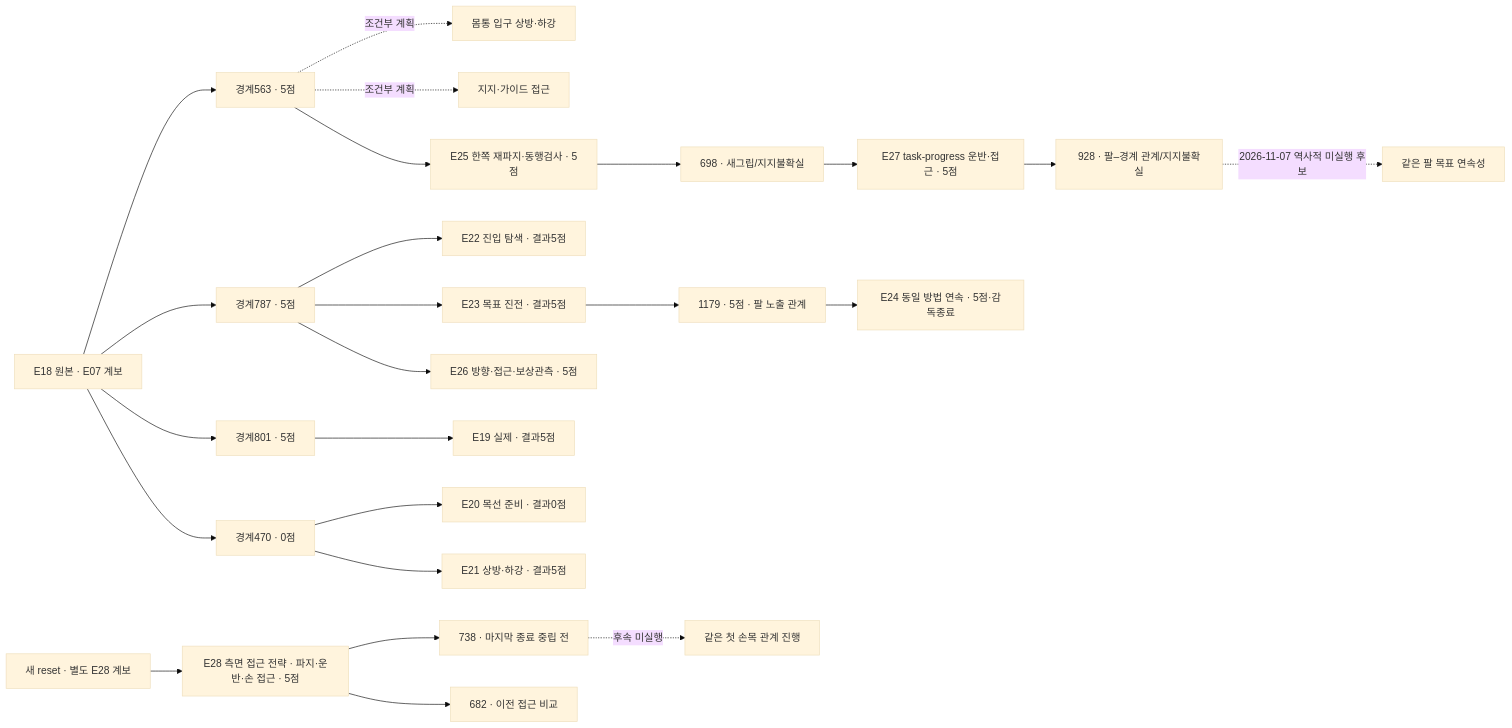
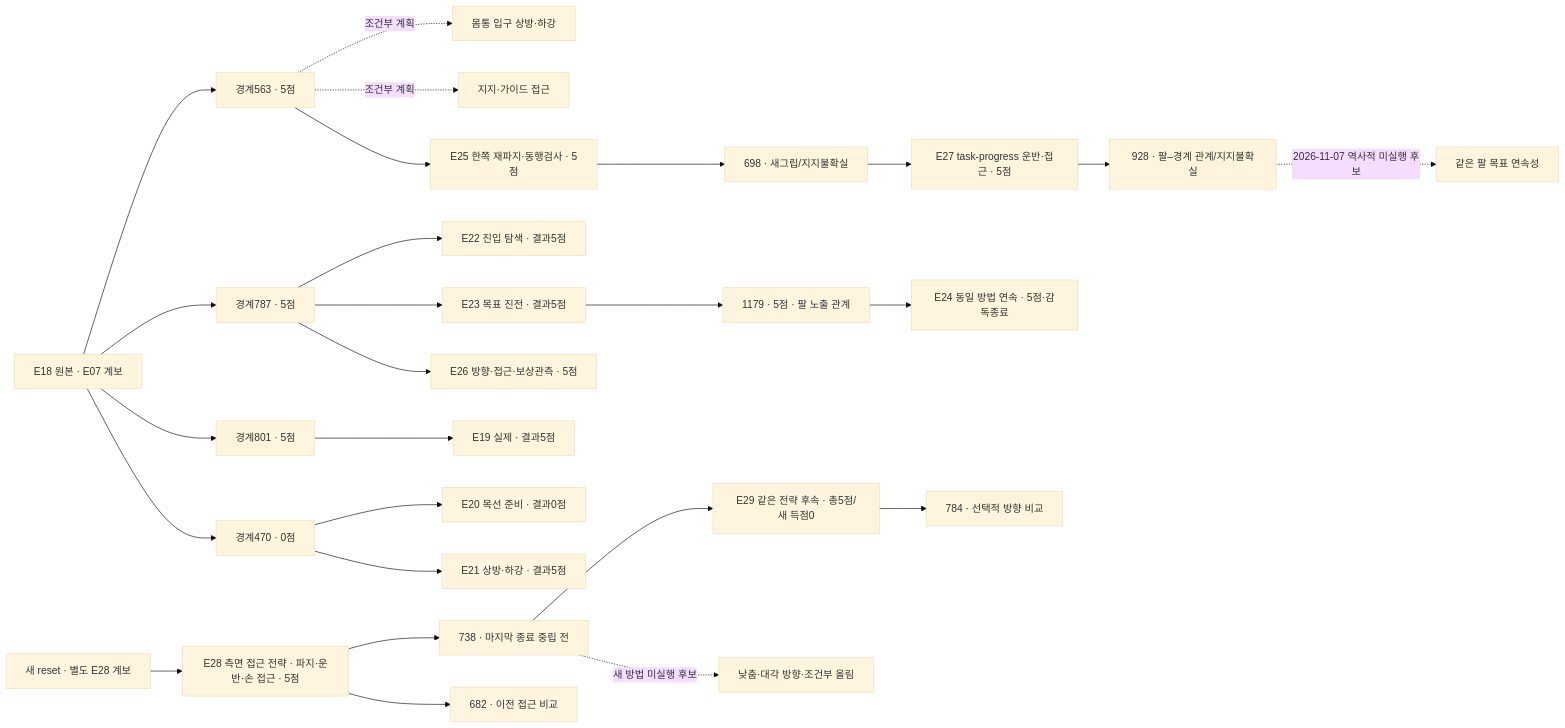
One commit to leonyoon-3dai/PhyRC_2027_phase1 changed the diagram in docs/collection/catalog/README.ko.md. Above: the diagram before and after it, drawn with Mermaid (base theme). The commit also changed other lines of this file and 39 other files, not shown here.

````diff
--- a/docs/collection/catalog/README.ko.md
+++ b/docs/collection/catalog/README.ko.md
@@ -36,26 +37,28 @@
 ```mermaid
 flowchart LR
   E18["E18 원본 · E07 계보"] --> P563["경계563 · 5점"]
   E18 --> P787["경계787 · 5점"]
   E18 --> P801["경계801 · 5점"]
   E18 --> P470["경계470 · 0점"]
   P563 -. "조건부 계획" .-> O["몸통 입구 상방·하강"]
   P563 -. "조건부 계획" .-> G["지지·가이드 접근"]
   P801 --> E19["E19 실제 · 결과5점"]
   P470 --> E20["E20 목선 준비 · 결과0점"]
   P470 --> E21["E21 상방·하강 · 결과5점"]
   P787 --> E22["E22 진입 탐색 · 결과5점"]
   P787 --> E23["E23 목표 진전 · 결과5점"]
   E23 --> P1179["1179 · 5점 · 팔 노출 관계"]
   P1179 --> E24["E24 동일 방법 연속 · 5점·감독종료"]
   P563 --> M1["E25 한쪽 재파지·동행검사 · 5점"]
   P787 --> M2["E26 방향·접근·보상관측 · 5점"]
   M1 --> P698["698 · 새그립/지지불확실"]
   P698 --> C["E27 task-progress 운반·접근 · 5점"]
   C --> P928["928 · 팔–경계 관계/지지불확실"]
   P928 -. "2026-11-07 역사적 미실행 후보" .-> S["같은 팔 목표 연속성"]
   F["새 reset · 별도 E28 계보"] --> E28["E28 측면 접근 전략 · 파지·운반·손 접근 · 5점"]
   E28 --> P738["738 · 마지막 종료 중립 전"]
   E28 --> P682["682 · 이전 접근 비교"]
-  P738 -. "후속 미실행" .-> N["같은 첫 손목 관계 진행"]
+  P738 --> E29["E29 같은 전략 후속 · 총5점/새 득점0"]
+  E29 --> P784["784 · 선택적 방향 비교"]
+  P738 -. "새 방법 미실행 후보" .-> N["낮춤·대각 방향·조건부 올림"]
 ```
````
